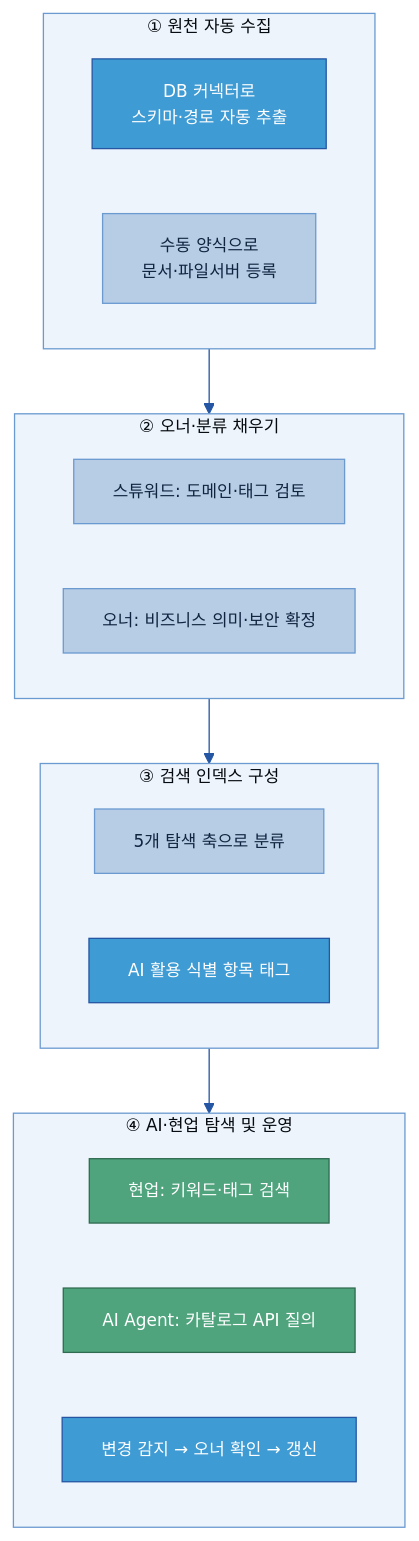
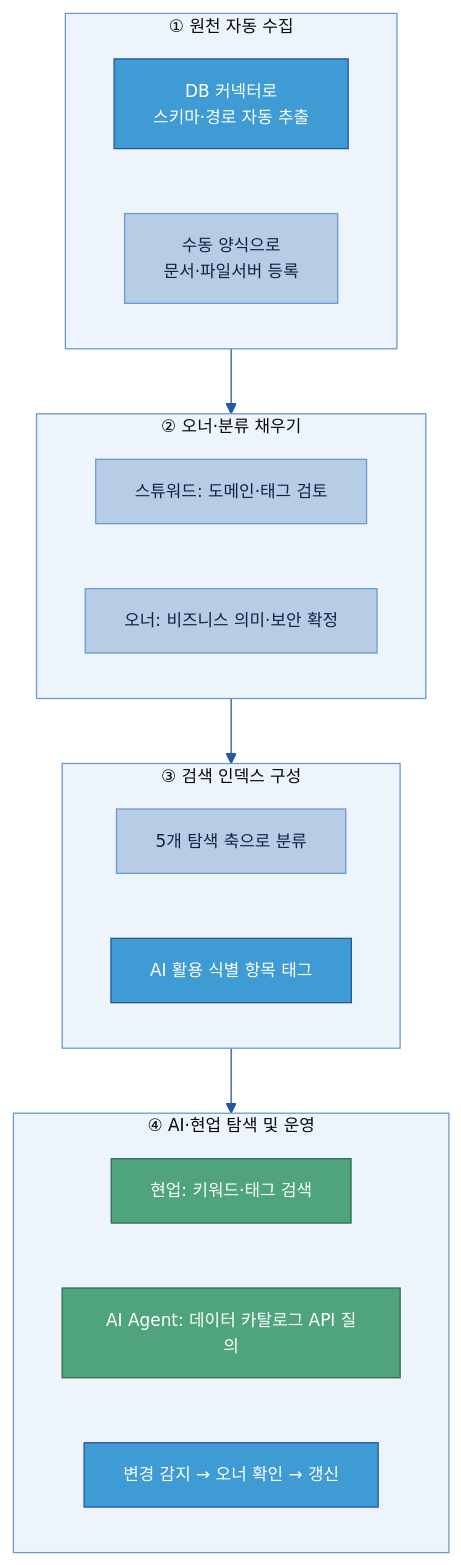
Before and after one commit to jin-kearney/ai-ready-data-manual: the sixth of 10 diagrams in 가이드 작성/A-1 데이터 카탈로그/A-1 데이터 카탈로그_0623 수정.md, drawn with Mermaid. The commit also changed other lines of this file, not shown here.

Commit message:
Update A-1 데이터 카탈로그_0623 수정.md

````diff
--- a/가이드 작성/A-1 데이터 카탈로그/A-1 데이터 카탈로그_0623 수정.md
+++ b/가이드 작성/A-1 데이터 카탈로그/A-1 데이터 카탈로그_0623 수정.md
@@ -576,25 +576,25 @@
 ```mermaid
 %%{init: {'theme':'base','themeVariables':{'primaryColor':'#DCE8F5','primaryBorderColor':'#2456A4','primaryTextColor':'#10243f','lineColor':'#2456A4','clusterBkg':'#EEF4FB','clusterBorder':'#6B9AD1','fontSize':'13px'}}}%%
 flowchart TB
     subgraph STEP1["① 원천 자동 수집"]
         S1A["DB 커넥터로<br/>스키마·경로 자동 추출"]:::gate
         S1B["수동 양식으로<br/>문서·파일서버 등록"]:::n
     end
     subgraph STEP2["② 오너·분류 채우기"]
         S2A["스튜워드: 도메인·태그 검토"]:::n
         S2B["오너: 비즈니스 의미·보안 확정"]:::n
     end
     subgraph STEP3["③ 검색 인덱스 구성"]
         S3A["5개 탐색 축으로 분류"]:::n
         S3B["AI 활용 식별 항목 태그"]:::gate
     end
     subgraph STEP4["④ AI·현업 탐색 및 운영"]
         S4A["현업: 키워드·태그 검색"]:::loop
-        S4B["AI Agent: 카탈로그 API 질의"]:::loop
+        S4B["AI Agent: 데이터 카탈로그 API 질의"]:::loop
         S4C["변경 감지 → 오너 확인 → 갱신"]:::gate
     end
     STEP1 --> STEP2 --> STEP3 --> STEP4
     classDef n fill:#B7CDE6,stroke:#6B9AD1,color:#10243f;
     classDef gate fill:#3F9BD4,stroke:#2456A4,color:#fff;
     classDef loop fill:#4FA47D,stroke:#2f6b50,color:#fff;
 ```
````
